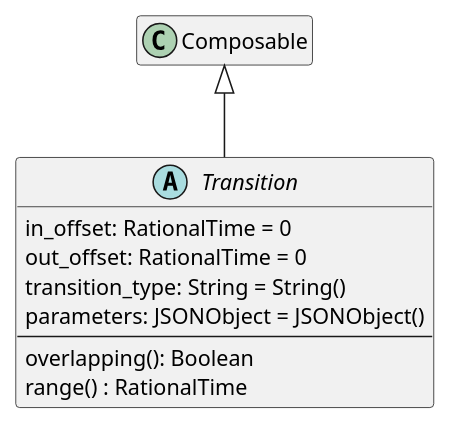
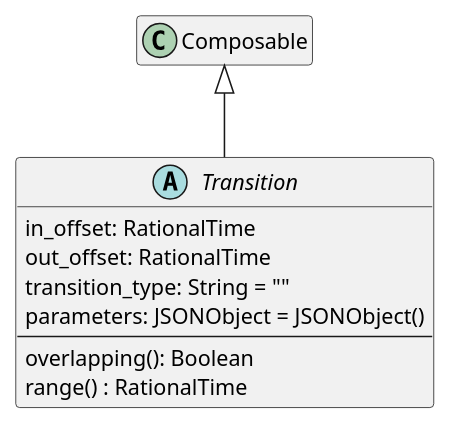
Diagram 15 of 32 in src/main/md/otio-core.md (sandflow/otio-core-specification), drawn with PlantUML before and after one commit. The commit also changed other lines of this file, not shown here.

````diff
--- a/src/main/md/otio-core.md
+++ b/src/main/md/otio-core.md
@@ -952,20 +950,20 @@
 ```puml
 @startuml
 hide empty members
 skinparam classAttributeIconSize 0
 skinparam linetype ortho
 
 Composable <|-- Transition
 
 abstract class Transition {
-  in_offset: RationalTime = 0
-  out_offset: RationalTime = 0
-  transition_type: String = String()
+  in_offset: RationalTime
+  out_offset: RationalTime
+  transition_type: String = ""
   parameters: JSONObject = JSONObject()
   --
   overlapping(): Boolean
   range() : RationalTime
 }
 
 @enduml
 ```
````
